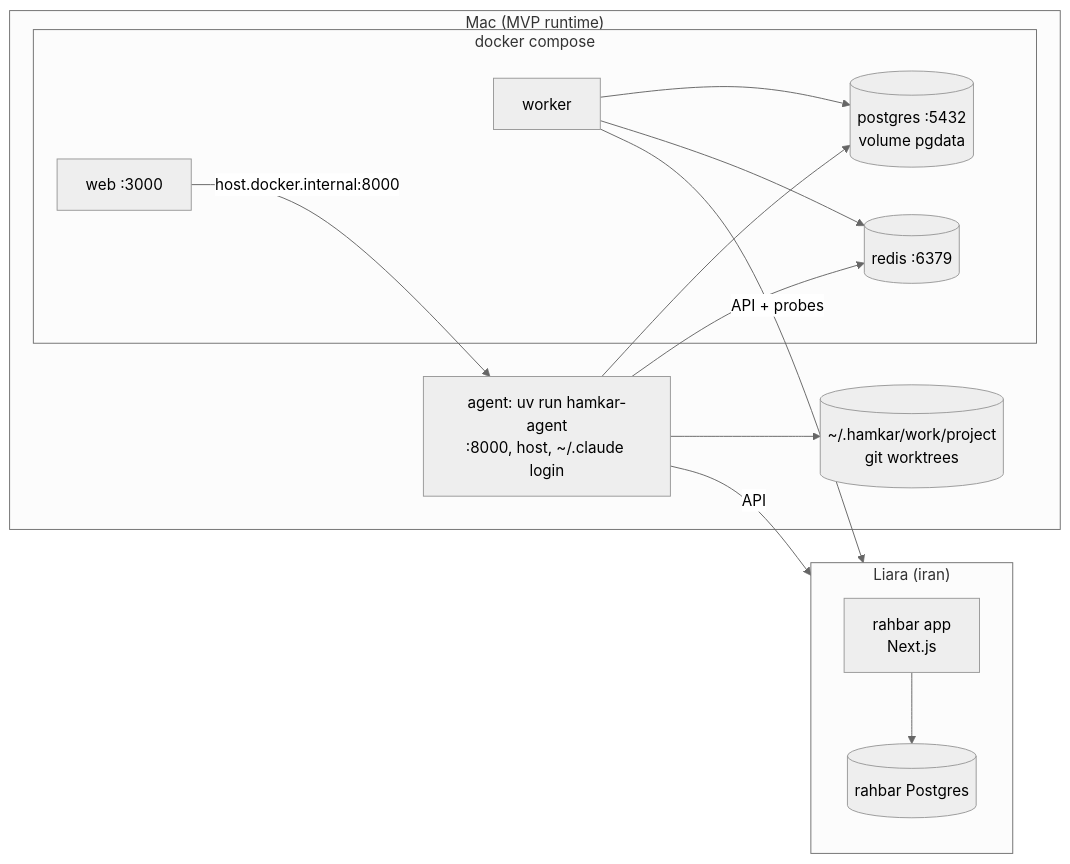
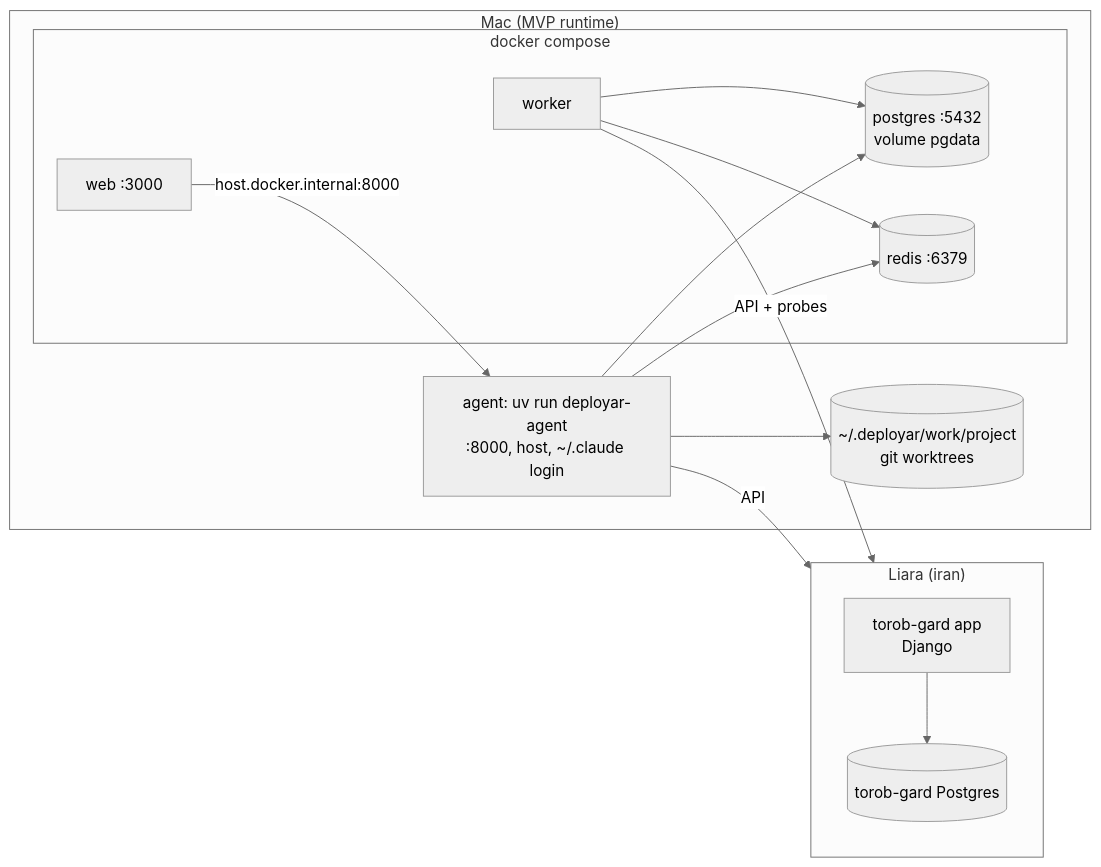
The fourth of 10 diagrams in docs/ARCHITECTURE.md (amircodington/deployar), drawn with Mermaid (neutral theme) before and after one commit. The commit also changed other lines of this file and 33 other files, not shown here.

First line of the commit message:
Rename: product Deployar (دیپلویار), demo app ترب‌گرد (decisions 10, 11)

````diff
--- a/docs/ARCHITECTURE.md
+++ b/docs/ARCHITECTURE.md
@@ -128,26 +128,26 @@
 ```mermaid
 flowchart LR
   subgraph mac["Mac (MVP runtime)"]
-    a["agent: uv run hamkar-agent<br/>:8000, host, ~/.claude login"]
+    a["agent: uv run deployar-agent<br/>:8000, host, ~/.claude login"]
     subgraph dc["docker compose"]
       w["web :3000"]
       k["worker"]
       p[("postgres :5432<br/>volume pgdata")]
       r[("redis :6379")]
     end
-    wt[("~/.hamkar/work/project<br/>git worktrees")]
+    wt[("~/.deployar/work/project<br/>git worktrees")]
   end
   w -->|host.docker.internal:8000| a
   a --> p
   a --> r
   k --> p
   k --> r
   a --> wt
   subgraph liara["Liara (iran)"]
-    t["rahbar app<br/>Next.js"]
-    tdb[("rahbar Postgres")]
+    t["torob-gard app<br/>Django"]
+    tdb[("torob-gard Postgres")]
   end
   a -->|API| liara
   k -->|API + probes| liara
   t --> tdb
 ```
````
